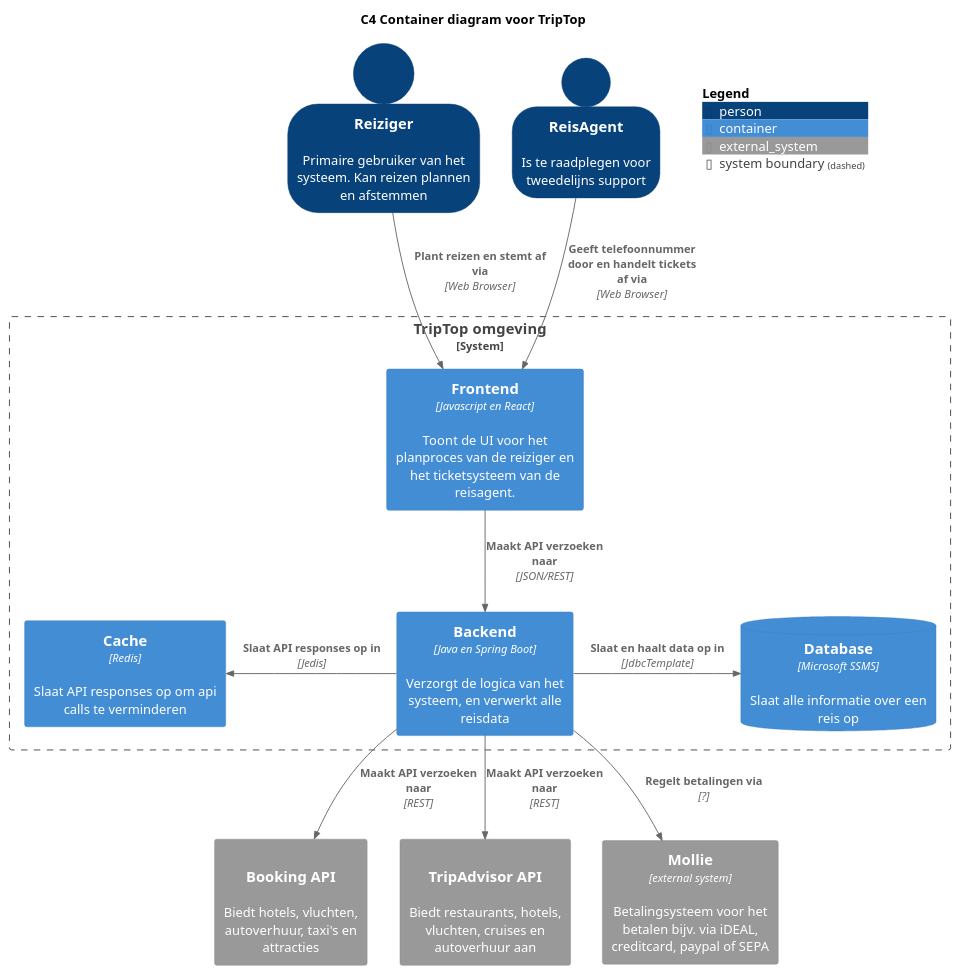
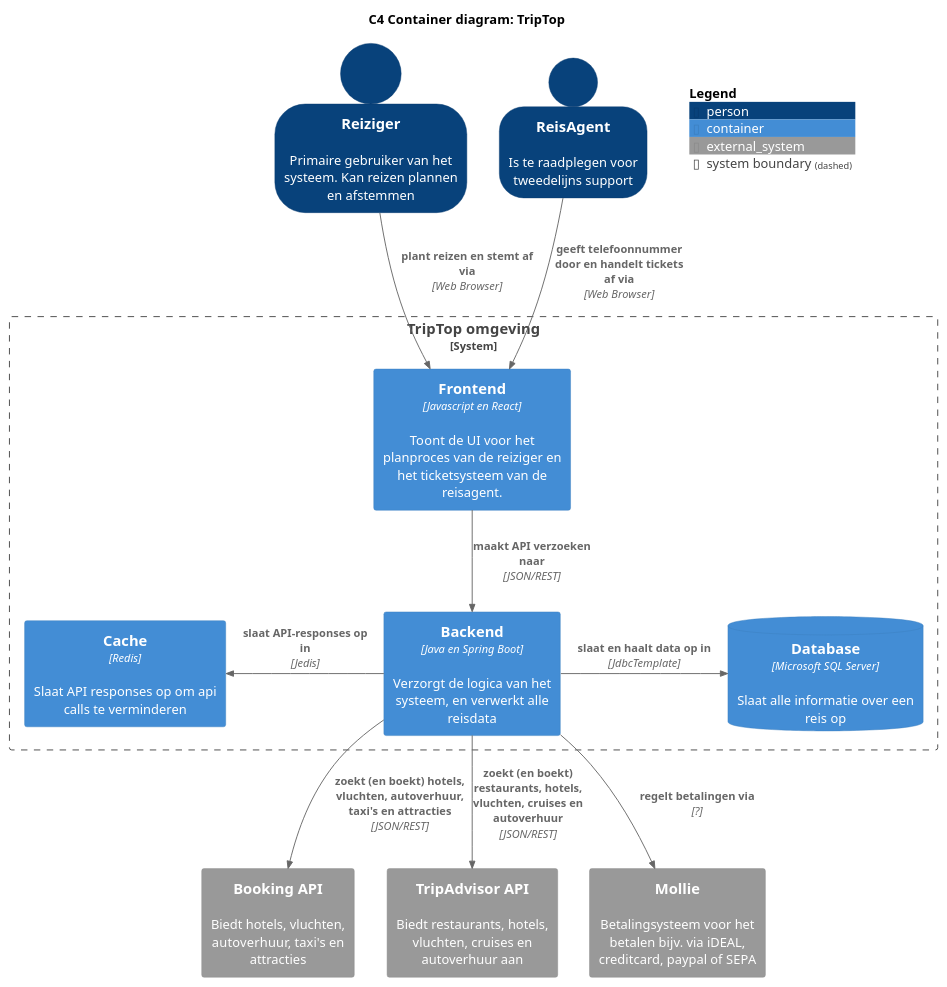
Before and after one commit to AIM-ENE-feb25/triptop-groep-4-jochem-roald-stijn-a: the diagram in software-guidebook/sgb-bestanden/container-diagram.puml, drawn with PlantUML. The commit also changed 4 other files, not shown here.

Commit message:
C4 diagrammen bijgewerkt

```diff
--- a/software-guidebook/sgb-bestanden/container-diagram.puml
+++ b/software-guidebook/sgb-bestanden/container-diagram.puml
@@ -1,41 +1,41 @@
-@startuml C4 Container diagram voor TripTop
-title C4 Container diagram voor TripTop
+@startuml
+title C4 Container diagram: TripTop
 !include <C4/C4_Container.puml>
 
 top to bottom direction
 
 SHOW_PERSON_OUTLINE()
 
 Person(reiziger, "Reiziger", "Primaire gebruiker van het systeem. Kan reizen plannen en afstemmen")
 Person(reisagent, "ReisAgent", "Is te raadplegen voor tweedelijns support")
 
 System_Boundary(system, "TripTop omgeving") {
     Container(frontend, "Frontend", "Javascript en React", "Toont de UI voor het planproces van de reiziger en het ticketsysteem van de reisagent.")
     Container(backend, "Backend", "Java en Spring Boot", "Verzorgt de logica van het systeem, en verwerkt alle reisdata")
-    ContainerDb(db, "Database", "Microsoft SSMS", "Slaat alle informatie over een reis op")
+    ContainerDb(db, "Database", "Microsoft SQL Server", "Slaat alle informatie over een reis op")
     Container(cache, "Cache", "Redis", "Slaat API responses op om api calls te verminderen")
 }
 
-System_Ext(booking, "Booking API", "Biedt hotels, vluchten, autoverhuur, taxi's en attracties", "REST")
-System_Ext(tripadvisor, "TripAdvisor API", "Biedt restaurants, hotels, vluchten, cruises en autoverhuur aan", "REST")
-System_Ext(mollie, "Mollie", "Betalingsysteem voor het betalen bijv. via iDEAL, creditcard, paypal of SEPA", $type="external system")
+System_Ext(booking, "Booking API", "Biedt hotels, vluchten, autoverhuur, taxi's en attracties")
+System_Ext(tripadvisor, "TripAdvisor API", "Biedt restaurants, hotels, vluchten, cruises en autoverhuur aan")
+System_Ext(mollie, "Mollie", "Betalingsysteem voor het betalen bijv. via iDEAL, creditcard, paypal of SEPA")
 
 ' USERS
-Rel(reiziger, frontend, "Plant reizen en stemt af via", "Web Browser")
-Rel(reisagent, frontend, "Geeft telefoonnummer door en handelt tickets af via", "Web Browser")
+Rel(reiziger, frontend, "plant reizen en stemt af via", "Web Browser")
+Rel(reisagent, frontend, "geeft telefoonnummer door en handelt tickets af via", "Web Browser")
 
 ' SYSTEM
-Rel(frontend, backend, "Maakt API verzoeken naar", "JSON/REST")
-Rel_R(backend, db, "Slaat en haalt data op in", "JdbcTemplate")
-Rel_L(backend, cache, "Slaat API responses op in", "Jedis")
+Rel(frontend, backend, "maakt API verzoeken naar", "JSON/REST")
+Rel_R(backend, db, "slaat en haalt data op in", "JdbcTemplate")
+Rel_L(backend, cache, "slaat API-responses op in", "Jedis")
 
 ' EXTERNAL SYSTEMS
-' TODO: vind de api's zodat dit kan worden ingevuld met correcte informatie
+' TODO: vind de API's zodat dit kan worden ingevuld met correcte informatie
 
-Rel(backend, booking, "Maakt API verzoeken naar", "REST")
-Rel(backend, tripadvisor, "Maakt API verzoeken naar", "REST")
-Rel(backend, mollie, "Regelt betalingen via", "?")
+Rel(backend, booking, "zoekt (en boekt) hotels, vluchten, autoverhuur, taxi's en attracties", "JSON/REST")
+Rel(backend, tripadvisor, "zoekt (en boekt) restaurants, hotels, vluchten, cruises en autoverhuur", "JSON/REST")
+Rel(backend, mollie, "regelt betalingen via", "?")
 
 SHOW_FLOATING_LEGEND()
 
 @enduml
```
